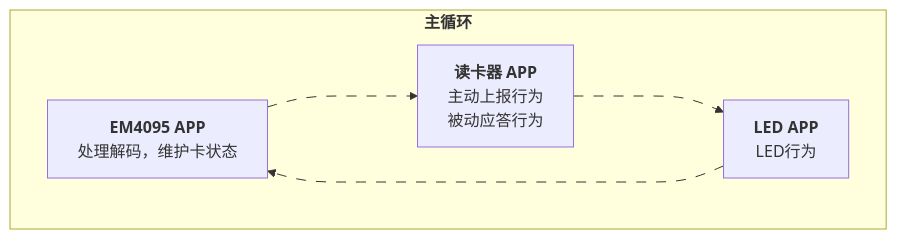
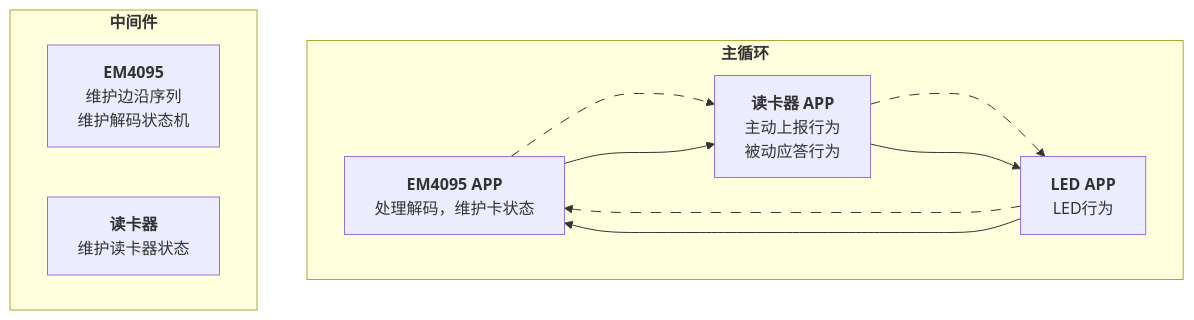
One commit to Siaiai/ObsidianNote changed the sixth of 6 diagrams in 工作/[[SR3读卡器]]/260804SR3框架整理.md. Above: the diagram before and after it, drawn with Mermaid.

Commit message:
[自动]笔记同步:2026-08-05 12:16:15 涉及文件个数:1
Affected files:
工作/[[SR3读卡器]]/260804SR3框架整理.md

````diff
--- a/工作/[[SR3读卡器]]/260804SR3框架整理.md
+++ b/工作/[[SR3读卡器]]/260804SR3框架整理.md
@@ -257,24 +257,42 @@
 ```mermaid
 flowchart TB
 	subgraph MAIN["`**主循环**`"]
 		direction LR
 		APP_EM4095["`**EM4095 APP** 
 		处理解码，维护卡状态`"]
 		APP_READER["`**读卡器 APP**
 		主动上报行为
 		被动应答行为`"]
 		APP_LED["`**LED APP**
 		LED行为`"]
 		
 		APP_EM4095 e1@---> APP_READER
 		APP_READER e2@---> APP_LED
 		APP_LED e3@---> APP_EM4095
 		
 		classDef animate stroke-dasharray: 10,5,stroke-dashoffset: 5000,animation: dash 25s linear infinite; 
 		class e1 animate
 		class e2 animate
 		class e3 animate
 	end
-	
+	subgraph MID["`**中间件**`"]
+		direction LR
+		MID_EM4095["`**EM4095** 
+		维护边沿序列
+		维护解码状态机`"]
+		MID_READER["`**读卡器**
+		维护读卡器状态`"]
+		APP_LED["`**LED APP**
+		LED行为`"]
+		
+		APP_EM4095 e1@---> APP_READER
+		APP_READER e2@---> APP_LED
+		APP_LED e3@---> APP_EM4095
+		
+		classDef animate stroke-dasharray: 10,5,stroke-dashoffset: 5000,animation: dash 25s linear infinite; 
+		class e1 animate
+		class e2 animate
+		class e3 animate
+	end
 	
 ```
````
